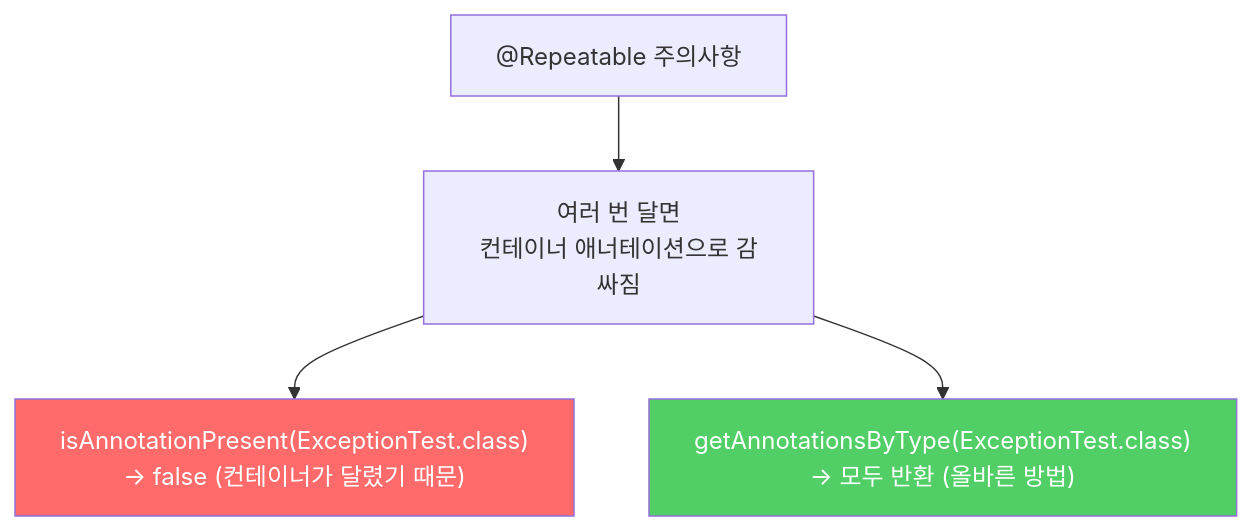
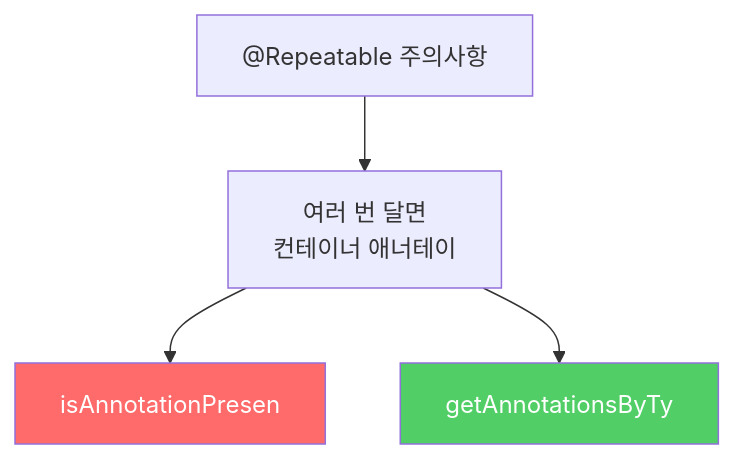
The second of 3 diagrams in _posts/java/2022-01-17-effective-java39.md (yjkim2015/yjkim2015.github.io), drawn with Mermaid before and after one commit. The commit also changed other lines of this file and 271 other files, not shown here.

First line of the commit message:
Mermaid 라벨 축소: 긴 노드 텍스트 18자 이하로 트림 + \n 제거

````diff
--- a/_posts/java/2022-01-17-effective-java39.md
+++ b/_posts/java/2022-01-17-effective-java39.md
@@ -184,8 +184,8 @@
 ```mermaid
 graph TD
-    A["@Repeatable 주의사항"] --> B["여러 번 달면\n컨테이너 애너테이션으로 감싸짐"]
-    B --> C["isAnnotationPresent(ExceptionTest.class)\n→ false (컨테이너가 달렸기 때문)"]
-    B --> D["getAnnotationsByType(ExceptionTest.class)\n→ 모두 반환 (올바른 방법)"]
+    A["@Repeatable 주의사항"] --> B["여러 번 달면\n컨테이너 애너테이"]
+    B --> C["isAnnotationPresen"]
+    B --> D["getAnnotationsByTy"]
     style C fill:#ff6b6b,color:#fff
     style D fill:#51cf66,color:#fff
 ```
````
